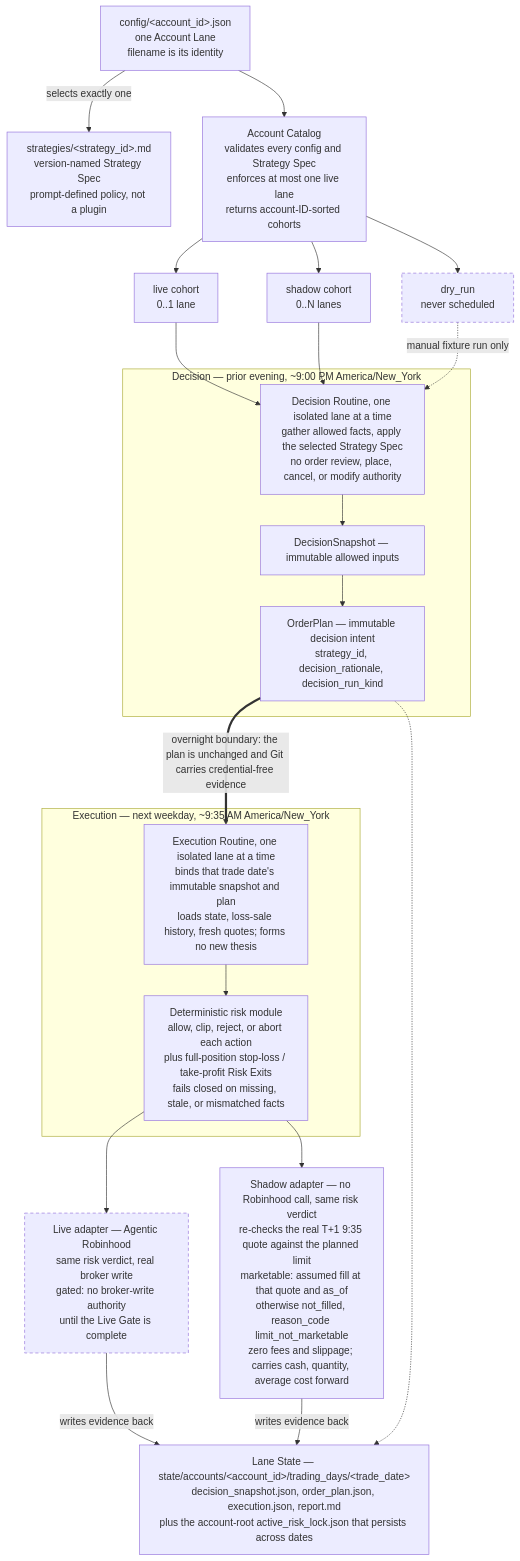
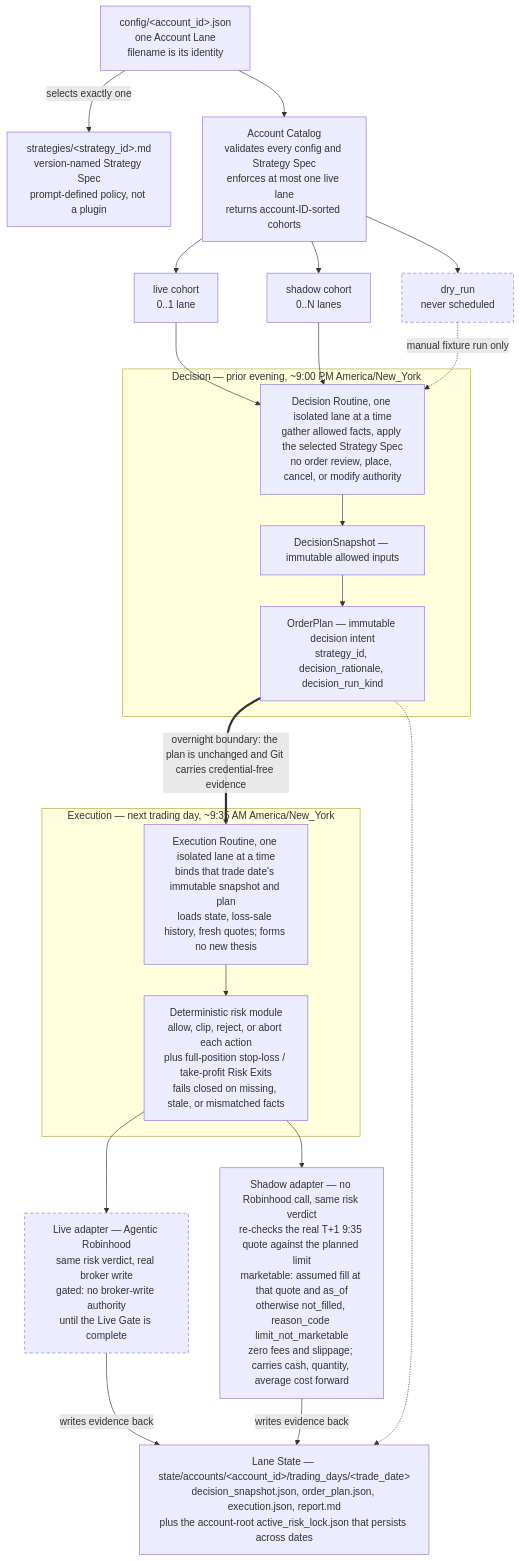
The diagram in docs/ARCHITECTURE.md (Alicia1529/ripple-agentic-trading), drawn with Mermaid before and after one commit. The commit also changed other lines of this file and 16 other files, not shown here.

````diff
--- a/docs/ARCHITECTURE.md
+++ b/docs/ARCHITECTURE.md
@@ -9,43 +9,43 @@
 ```mermaid
 flowchart TD
     CFG["config/&lt;account_id&gt;.json<br/>one Account Lane<br/>filename is its identity"]
     SPEC["strategies/&lt;strategy_id&gt;.md<br/>version-named Strategy Spec<br/>prompt-defined policy, not a plugin"]
     CAT["Account Catalog<br/>validates every config and Strategy Spec<br/>enforces at most one live lane<br/>returns account-ID-sorted cohorts"]
 
     CFG -->|"selects exactly one"| SPEC
     CFG --> CAT
 
     CAT --> LIVE["live cohort<br/>0..1 lane"]
     CAT --> SHDW["shadow cohort<br/>0..N lanes"]
     CAT --> DRY["dry_run<br/>never scheduled"]
 
     subgraph DEC_G["Decision — prior evening, ~9:00 PM America/New_York"]
         DEC["Decision Routine, one isolated lane at a time<br/>gather allowed facts, apply the selected Strategy Spec<br/>no order review, place, cancel, or modify authority"]
         SNAP["DecisionSnapshot — immutable allowed inputs"]
         PLAN["OrderPlan — immutable decision intent<br/>strategy_id, decision_rationale, decision_run_kind"]
         DEC --> SNAP --> PLAN
     end
 
     LIVE --> DEC
     SHDW --> DEC
     DRY -.->|"manual fixture run only"| DEC
 
     PLAN ==>|"overnight boundary: the plan is unchanged and Git carries credential-free evidence"| EXE
 
-    subgraph EXE_G["Execution — next weekday, ~9:35 AM America/New_York"]
+    subgraph EXE_G["Execution — next trading day, ~9:35 AM America/New_York"]
         EXE["Execution Routine, one isolated lane at a time<br/>binds that trade date's immutable snapshot and plan<br/>loads state, loss-sale history, fresh quotes; forms no new thesis"]
         RISK["Deterministic risk module<br/>allow, clip, reject, or abort each action<br/>plus full-position stop-loss / take-profit Risk Exits<br/>fails closed on missing, stale, or mismatched facts"]
         EXE --> RISK
     end
 
     RISK --> LADP["Live adapter — Agentic Robinhood<br/>same risk verdict, real broker write<br/>gated: no broker-write authority<br/>until the Live Gate is complete"]
     RISK --> SADP["Shadow adapter — no Robinhood call, same risk verdict<br/>re-checks the real T+1 9:35 quote against the planned limit<br/>marketable: assumed fill at that quote and as_of<br/>otherwise not_filled, reason_code limit_not_marketable<br/>zero fees and slippage; carries cash, quantity, average cost forward"]
 
     LADP -->|"writes evidence back"| ST
     SADP -->|"writes evidence back"| ST
     PLAN -.-> ST
     ST["Lane State — state/accounts/&lt;account_id&gt;/trading_days/&lt;trade_date&gt;<br/>decision_snapshot.json, order_plan.json, execution.json, report.md<br/>plus the account-root active_risk_lock.json that persists across dates"]
 
     classDef gated stroke-dasharray: 5 4;
     class LADP,DRY gated;
 ```
````
